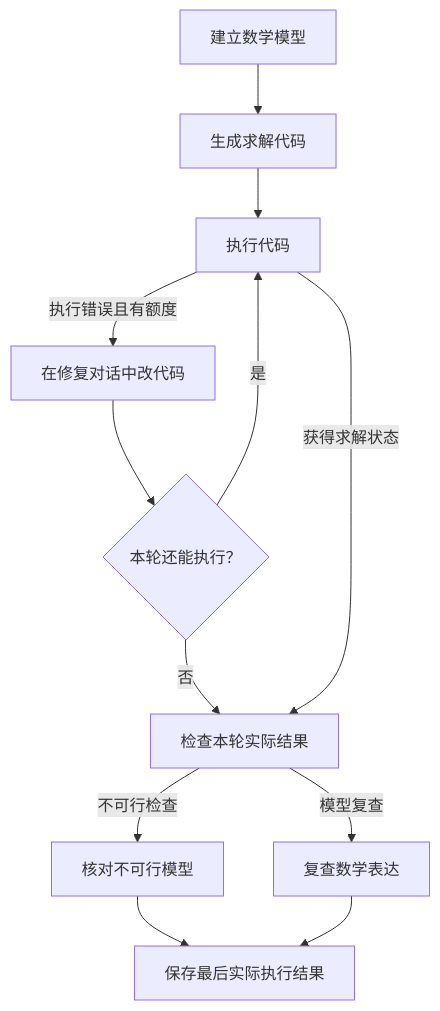
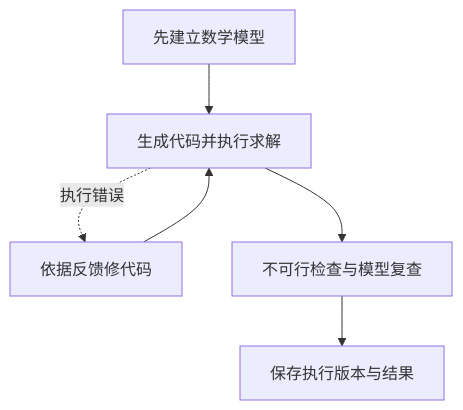
The diagram in website/content/zh/or-llm-agent.md (Fangziyang0910/LLM4OM), drawn with Mermaid before and after one commit. The commit also changed other lines of this file and 231 other files, not shown here.

````diff
--- a/website/content/zh/or-llm-agent.md
+++ b/website/content/zh/or-llm-agent.md
@@ -11,14 +11,11 @@
 ```mermaid
 flowchart TB
-  Form["建立数学模型"] --> Code["生成求解代码"]
-  Code --> Execute["执行代码"]
-  Execute -->|执行错误且有额度| Fix["在修复对话中改代码"]
-  Fix --> Attempt{"本轮还能执行？"}
-  Attempt -->|是| Execute
-  Attempt -->|否| Round["检查本轮实际结果"]
-  Execute -->|获得求解状态| Round
-  Round -->|不可行检查| Infeasible["核对不可行模型"]
-  Round -->|模型复查| Recheck["复查数学表达"]
-  Infeasible --> Finish["保存最后实际执行结果"]
-  Recheck --> Finish
+  Form["先建立数学模型"]
+  Execute["生成代码并执行求解"]
+  Fix["依据反馈修代码"]
+  Round["不可行检查与模型复查"]
+  Finish["保存执行版本与结果"]
+  Form --> Execute --> Round --> Finish
+  Execute -.->|执行错误| Fix
+  Fix --> Execute
 ```
````
